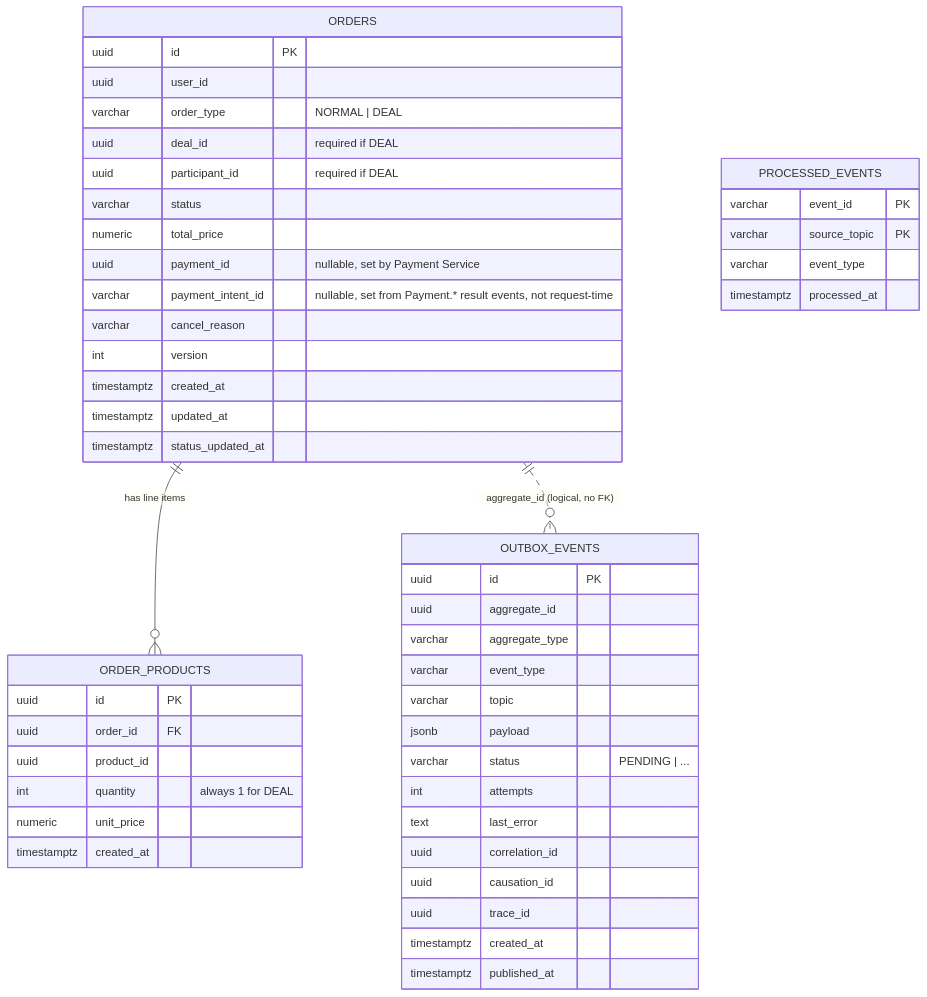
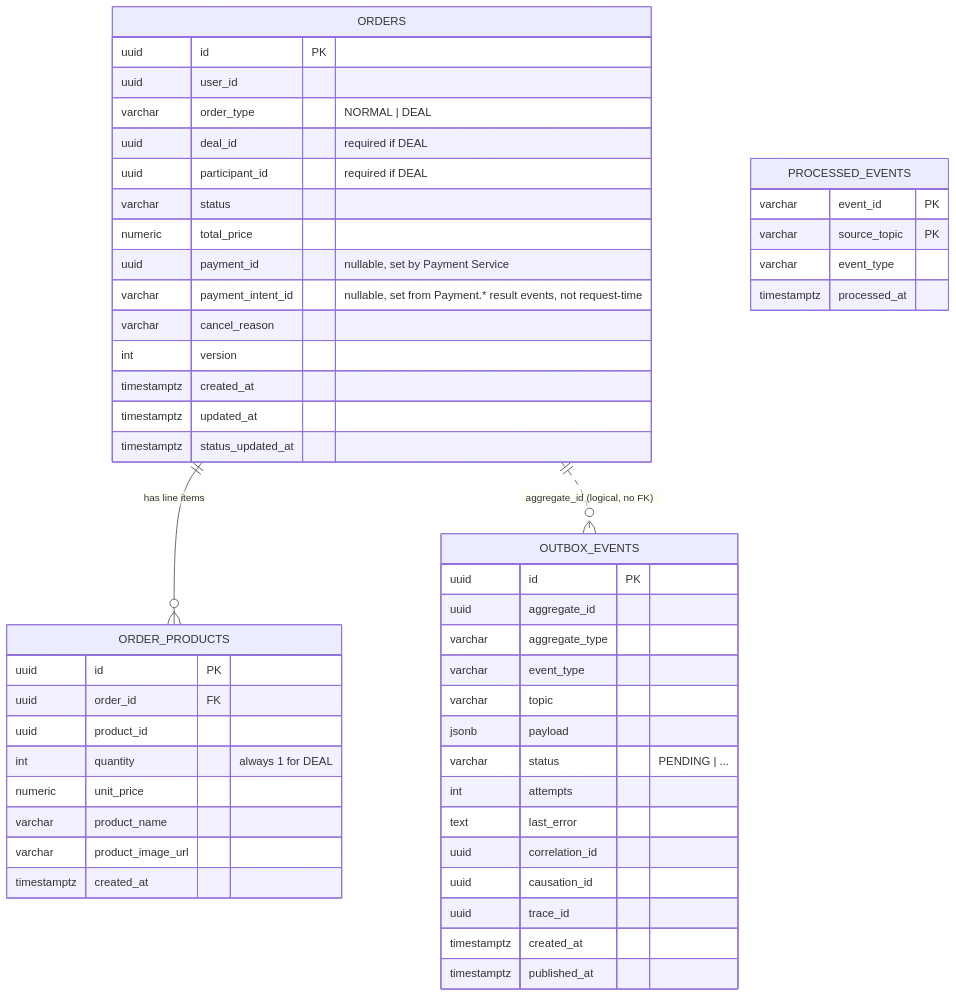
The first of 3 diagrams in services docs/order-service.md (RallyDeals/rally-docs), drawn with Mermaid before and after one commit. The commit also changed other lines of this file, not shown here.

Commit message:
update doc with new catalog lookup response, and add image url and product name snapshotted on order creation

````diff
--- a/services docs/order-service.md
+++ b/services docs/order-service.md
@@ -5,55 +5,57 @@
 ```mermaid
 erDiagram
     ORDERS ||--o{ ORDER_PRODUCTS : "has line items"
     ORDERS ||..o{ OUTBOX_EVENTS : "aggregate_id (logical, no FK)"
 
     ORDERS {
         uuid id PK
         uuid user_id
         varchar order_type "NORMAL | DEAL"
         uuid deal_id "required if DEAL"
         uuid participant_id "required if DEAL"
         varchar status
         numeric total_price
         uuid payment_id "nullable, set by Payment Service"
         varchar payment_intent_id "nullable, set from Payment.* result events, not request-time"
         varchar cancel_reason
         int version
         timestamptz created_at
         timestamptz updated_at
         timestamptz status_updated_at
     }
 
     ORDER_PRODUCTS {
         uuid id PK
         uuid order_id FK
         uuid product_id
         int quantity "always 1 for DEAL"
         numeric unit_price
+        varchar product_name
+        varchar product_image_url
         timestamptz created_at
     }
 
     OUTBOX_EVENTS {
         uuid id PK
         uuid aggregate_id
         varchar aggregate_type
         varchar event_type
         varchar topic
         jsonb payload
         varchar status "PENDING | ..."
         int attempts
         text last_error
         uuid correlation_id
         uuid causation_id
         uuid trace_id
         timestamptz created_at
         timestamptz published_at
     }
 
     PROCESSED_EVENTS {
         varchar event_id PK
         varchar source_topic PK
         varchar event_type
         timestamptz processed_at
     }
 ```
````
